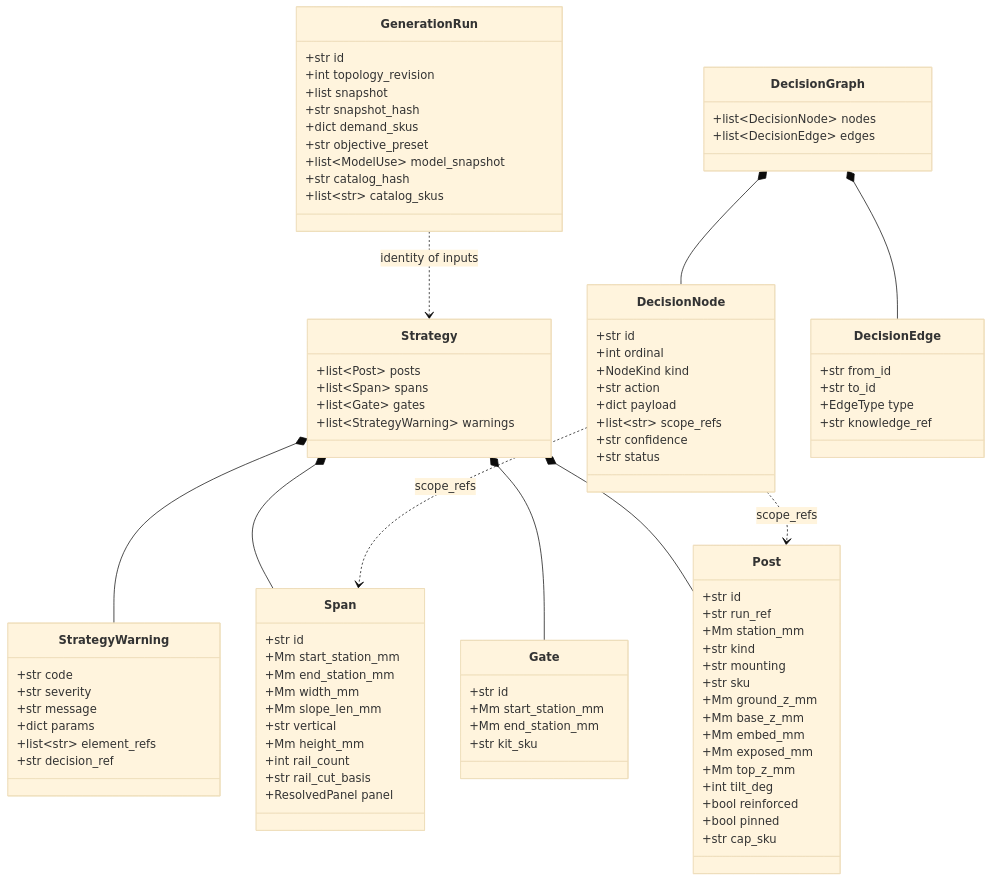
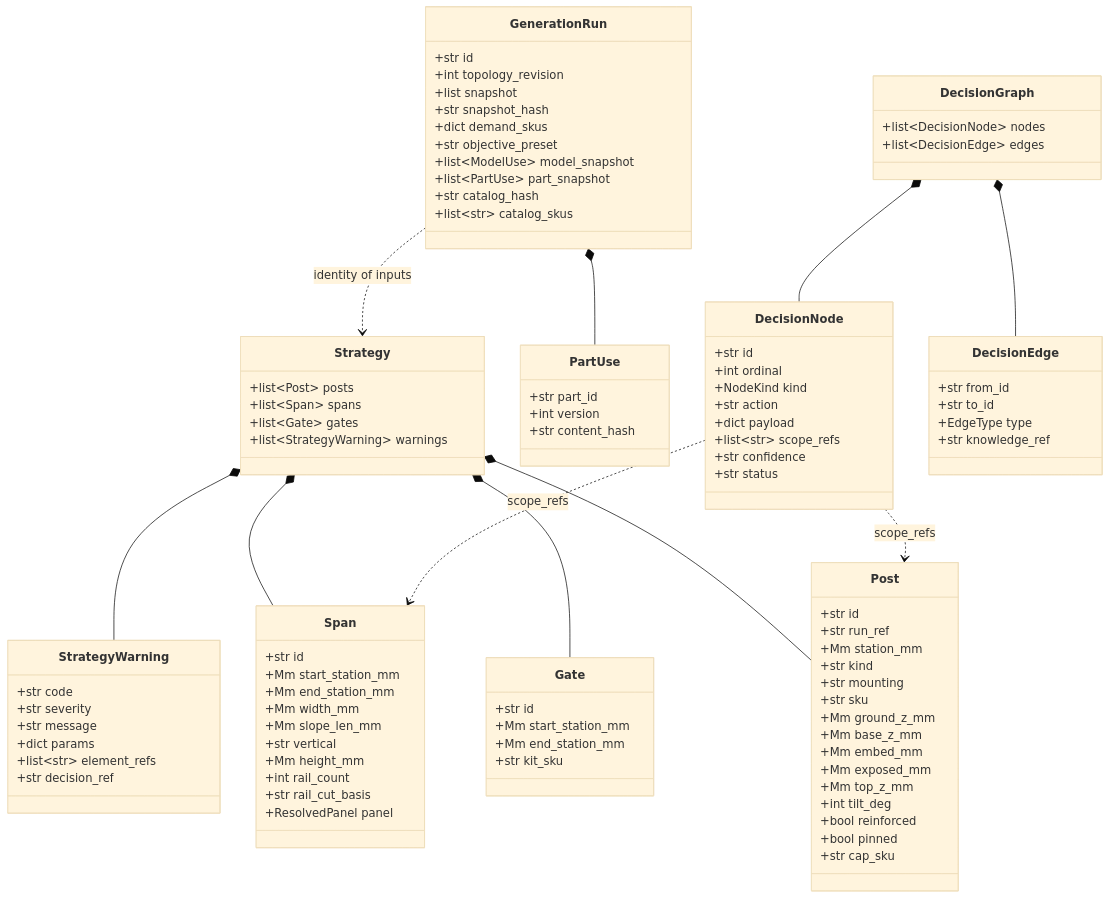
Before and after one commit to spicysauce1955-stack/BOM: the sixth of 9 diagrams in docs/architecture/02-entities.md, drawn with Mermaid (base theme). The commit also changed other lines of this file and 3 other files, not shown here.

````diff
--- a/docs/architecture/02-entities.md
+++ b/docs/architecture/02-entities.md
@@ -485,8 +583,14 @@
         +dict demand_skus
         +str objective_preset
         +list~ModelUse~ model_snapshot
+        +list~PartUse~ part_snapshot
         +str catalog_hash
         +list~str~ catalog_skus
+    }
+    class PartUse {
+        +str part_id
+        +int version
+        +str content_hash
     }
     class DecisionGraph {
         +list~DecisionNode~ nodes
@@ -517,5 +621,6 @@
     DecisionGraph *-- DecisionEdge
     DecisionNode ..> Post : scope_refs
     DecisionNode ..> Span : scope_refs
+    GenerationRun *-- PartUse
     GenerationRun ..> Strategy : identity of inputs
 ```
````
